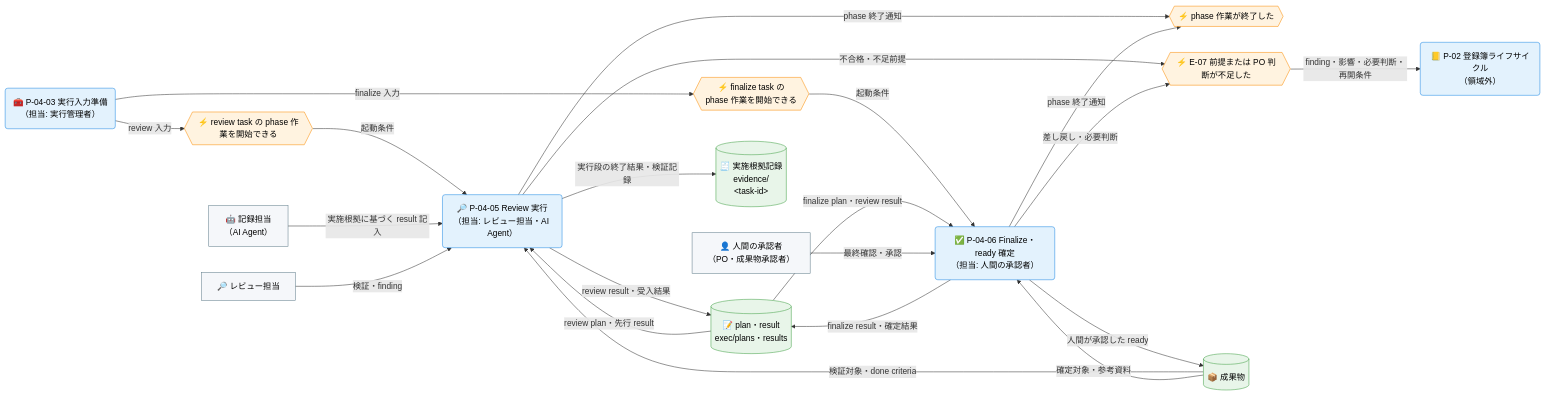
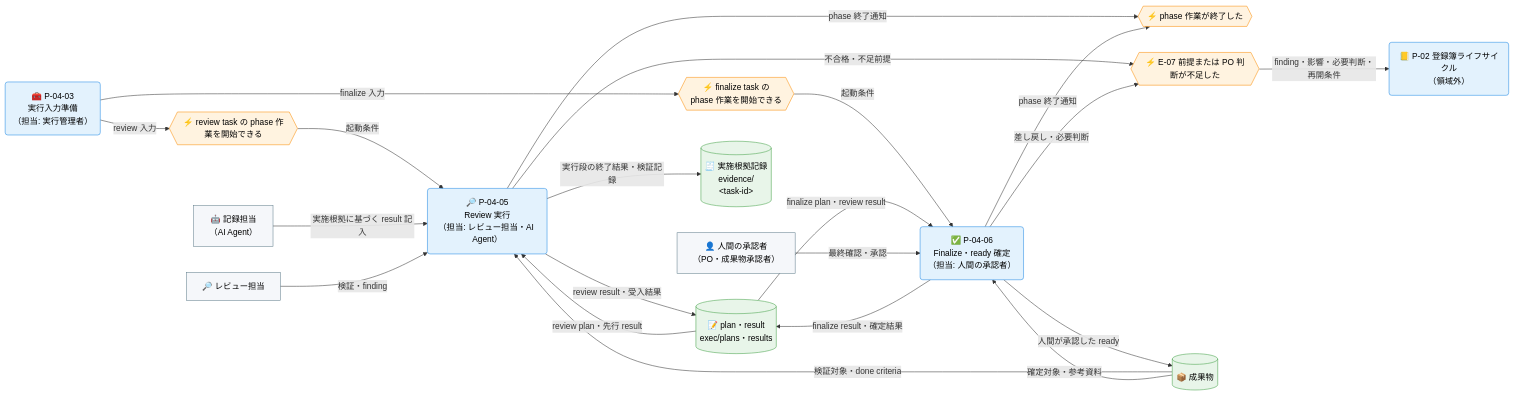
The third of 4 diagrams in docs/ja/product/010-business-specs/010-data-flow/cdfd-task-execution.md (specdojo/specdojo), drawn with Mermaid before and after one commit. The commit also changed other lines of this file and 7 other files, not shown here.

````diff
--- a/docs/ja/product/010-business-specs/010-data-flow/cdfd-task-execution.md
+++ b/docs/ja/product/010-business-specs/010-data-flow/cdfd-task-execution.md
@@ -151,56 +151,56 @@
 ```mermaid
 flowchart LR
   classDef process fill:#e3f2fd,stroke:#1e88e5,color:#000
   classDef event fill:#fff3e0,stroke:#fb8c00,color:#000
   classDef storeMaster fill:#c8e6c9,stroke:#2e7d32,color:#000
   classDef storeTransaction fill:#e8f5e9,stroke:#43a047,color:#000
   classDef actor fill:#f5f7fa,stroke:#607d8b,color:#000
 
   記録担当["🤖 記録担当<br>（AI Agent）"]
   レビュー担当["🔎 レビュー担当"]
   人間承認者["👤 人間の承認者<br>（PO・成果物承認者）"]
 
   review開始{{"⚡ review task の phase 作業を開始できる"}}
   finalize開始{{"⚡ finalize task の<br>phase 作業を開始できる"}}
   phase終了{{"⚡ phase 作業が終了した"}}
   判断不足{{"⚡ E-07 前提または PO 判断が不足した"}}
 
-  実行入力準備("🧰 P-04-03 実行入力準備<br>（担当: 実行管理者）")
-  Review実行("🔎 P-04-05 Review 実行<br>（担当: レビュー担当・AI Agent）")
-  Finalize確定("✅ P-04-06 Finalize・ready 確定<br>（担当: 人間の承認者）")
+  実行入力準備("🧰 P-04-03<br>実行入力準備<br>（担当: 実行管理者）")
+  Review実行("🔎 P-04-05<br>Review 実行<br>（担当: レビュー担当・AI Agent）")
+  Finalize確定("✅ P-04-06<br>Finalize・ready 確定<br>（担当: 人間の承認者）")
 
   登録簿ライフサイクル先("📒 P-02 登録簿ライフサイクル<br>（領域外）")
 
   成果物[("📦 成果物")]
   planResult[("📝 plan・result<br>exec/plans・results")]
   実施根拠記録[("🧾 実施根拠記録<br>evidence/<br>&lt;task-id&gt;")]
 
   実行入力準備 -->|"review 入力"| review開始
   実行入力準備 -->|"finalize 入力"| finalize開始
   review開始 -->|"起動条件"| Review実行
   finalize開始 -->|"起動条件"| Finalize確定
 
   planResult -->|"review plan・先行 result"| Review実行
   planResult -->|"finalize plan・review result"| Finalize確定
   成果物 -->|"検証対象・done criteria"| Review実行
   成果物 -->|"確定対象・参考資料"| Finalize確定
   記録担当 -->|"実施根拠に基づく result 記入"| Review実行
   レビュー担当 -->|"検証・finding"| Review実行
   人間承認者 -->|"最終確認・承認"| Finalize確定
 
   Review実行 -->|"review result・受入結果"| planResult
   Review実行 -->|"実行段の終了結果・検証記録"| 実施根拠記録
   Review実行 -->|"不合格・不足前提"| 判断不足
   Finalize確定 -->|"finalize result・確定結果"| planResult
   Finalize確定 -->|"人間が承認した ready"| 成果物
   Finalize確定 -->|"差し戻し・必要判断"| 判断不足
   判断不足 -->|"finding・影響・必要判断・再開条件"| 登録簿ライフサイクル先
 
   Review実行 -->|"phase 終了通知"| phase終了
   Finalize確定 -->|"phase 終了通知"| phase終了
 
   class 実行入力準備,Review実行,Finalize確定,登録簿ライフサイクル先 process
   class review開始,finalize開始,phase終了,判断不足 event
   class 成果物,planResult,実施根拠記録 storeTransaction
   class 記録担当,レビュー担当,人間承認者 actor
 ```
````
